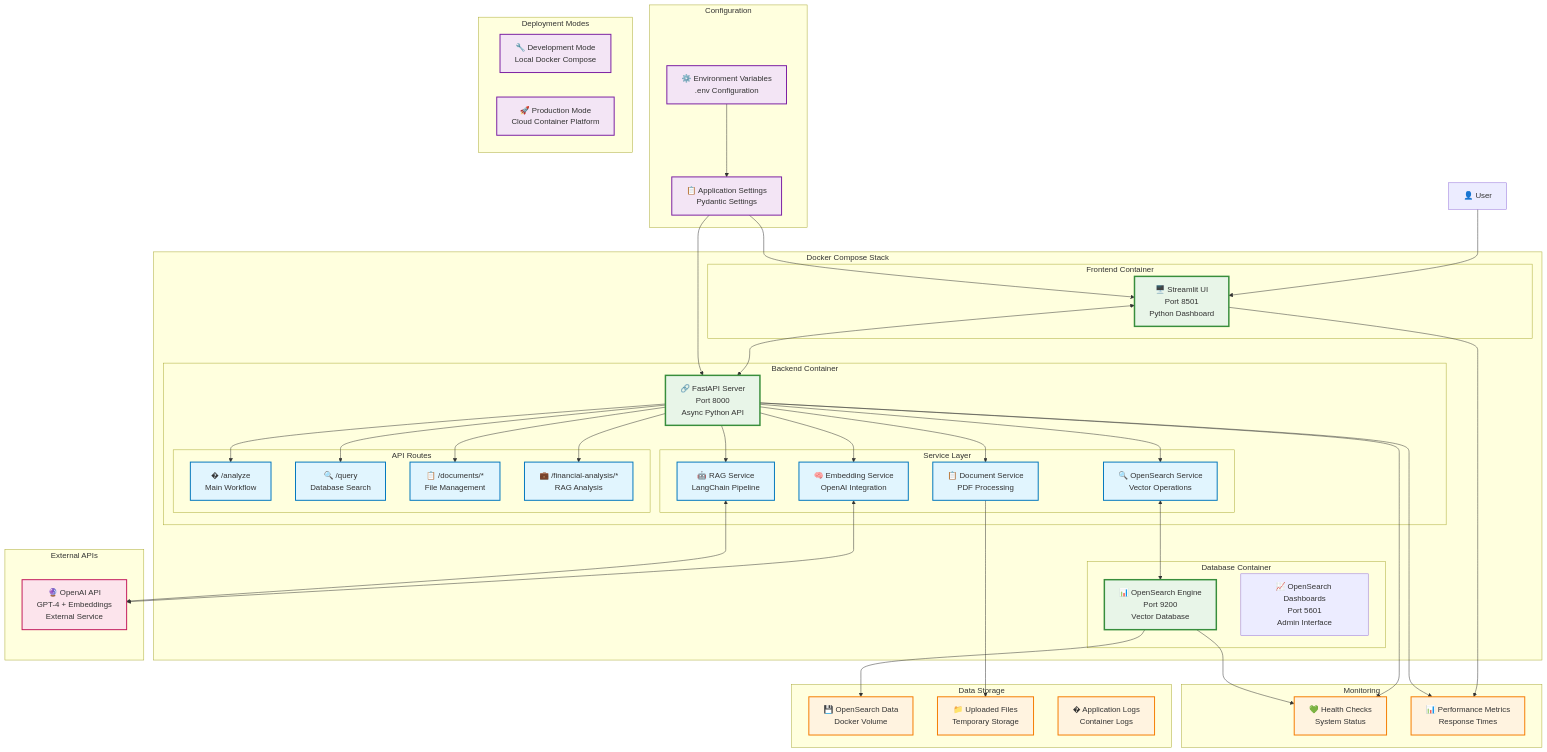
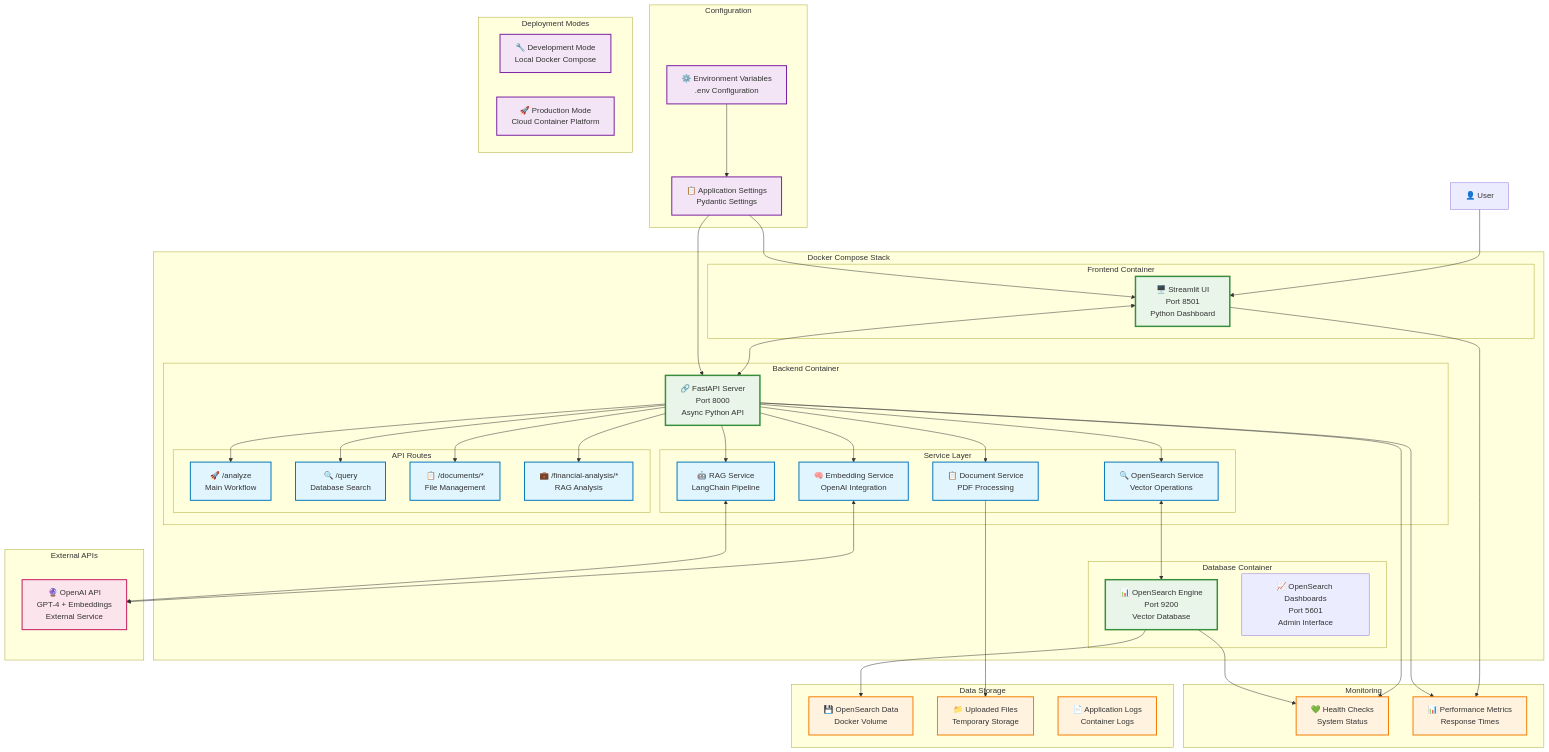
One commit to quantum-vector-io/contract_intelligence_assistant changed the third of 3 diagrams in README.md. Above: the diagram before and after it, drawn with Mermaid. The commit also changed other lines of this file, not shown here.

```diff
--- a/README.md
+++ b/README.md
@@ -241,7 +241,7 @@
             end
             
             subgraph "API Routes"
-                ROUTE1[� /analyze<br/>Main Workflow]
+                ROUTE1[🚀 /analyze<br/>Main Workflow]
                 ROUTE2[🔍 /query<br/>Database Search]
                 ROUTE3[📋 /documents/*<br/>File Management]
                 ROUTE4[💼 /financial-analysis/*<br/>RAG Analysis]
@@ -263,7 +263,7 @@
     subgraph "Data Storage"
         VOLUME1[💾 OpenSearch Data<br/>Docker Volume]
         VOLUME2[📁 Uploaded Files<br/>Temporary Storage]
-        LOGS[� Application Logs<br/>Container Logs]
+        LOGS[📄 Application Logs<br/>Container Logs]
     end
     
     %% Network Flow
```
